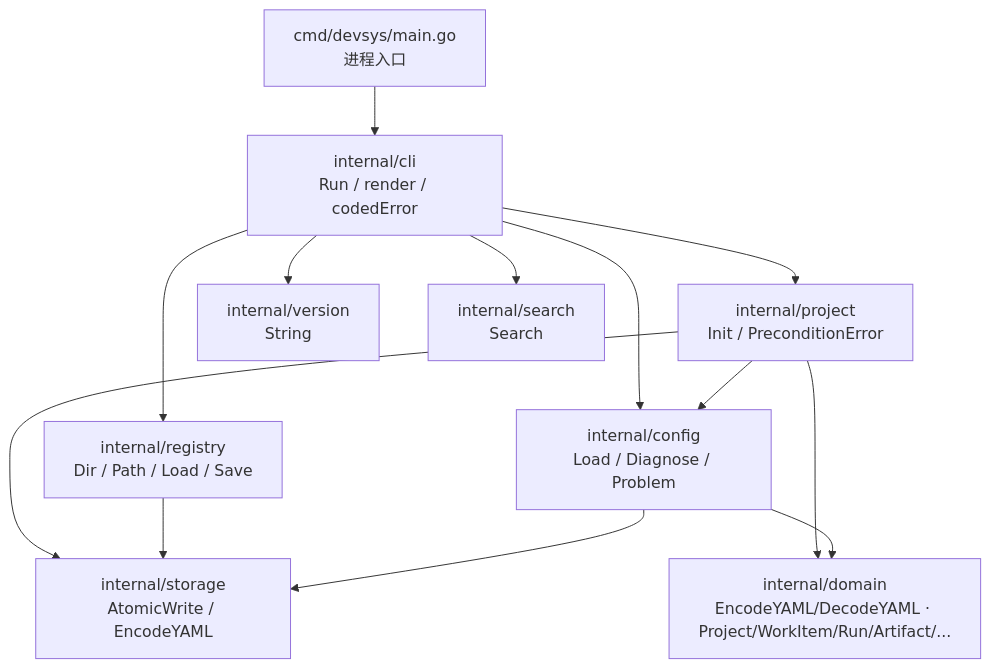
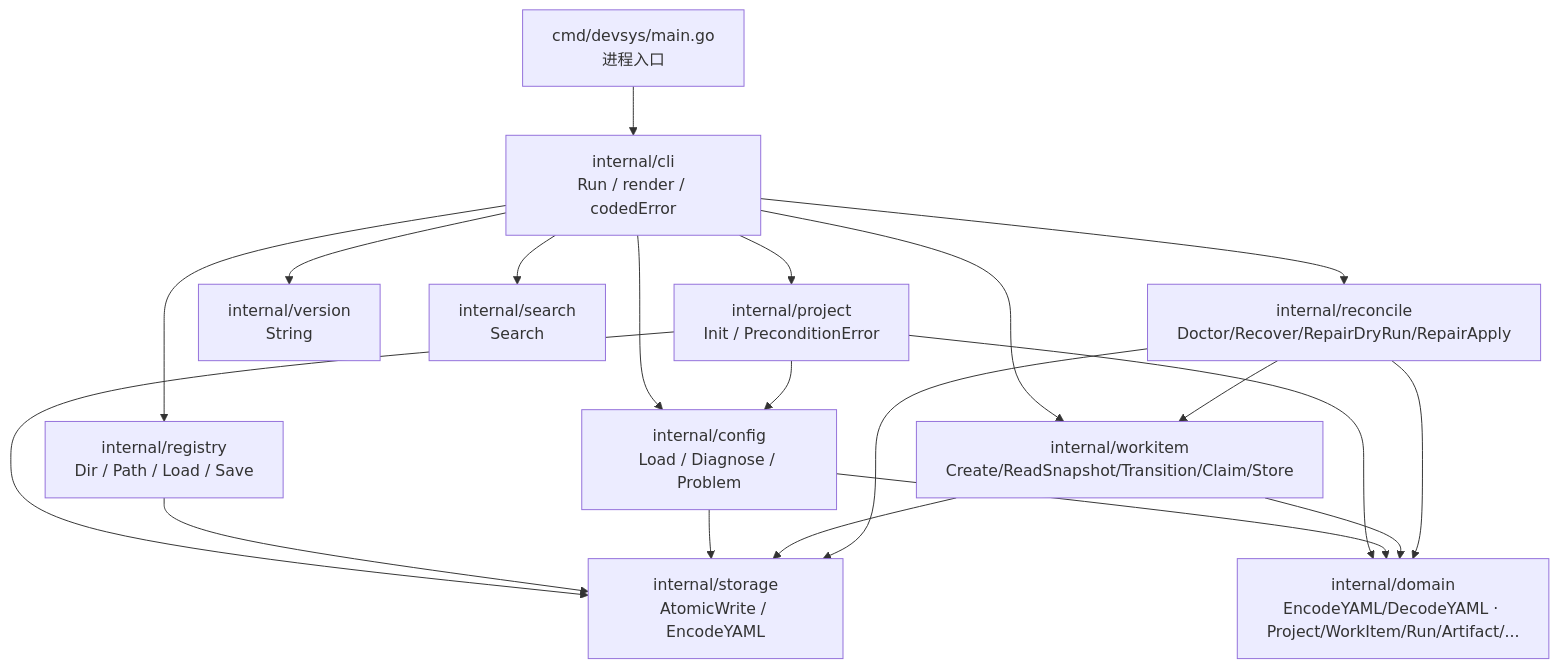
Before and after one commit to JAYY513/Workloom: the first of 3 diagrams in docs/repowiki/knowledge/项目接入与配置/架构设计.md, drawn with Mermaid. The commit also changed other lines of this file and 23 other files, not shown here.

````diff
--- a/docs/repowiki/knowledge/项目接入与配置/架构设计.md
+++ b/docs/repowiki/knowledge/项目接入与配置/架构设计.md
@@ -21,15 +24,22 @@
 ```mermaid
 flowchart TB
   Main["cmd/devsys/main.go<br/>进程入口"] --> CLI["internal/cli<br/>Run / render / codedError"]
   CLI --> Project["internal/project<br/>Init / PreconditionError"]
   CLI --> Registry["internal/registry<br/>Dir / Path / Load / Save"]
   CLI --> Config["internal/config<br/>Load / Diagnose / Problem"]
   CLI --> Version["internal/version<br/>String"]
   CLI --> Search["internal/search<br/>Search"]
+  CLI --> Workitem["internal/workitem<br/>Create/ReadSnapshot/Transition/Claim/Store"]
+  CLI --> Reconcile["internal/reconcile<br/>Doctor/Recover/RepairDryRun/RepairApply"]
   Project --> Config
   Project --> Domain["internal/domain<br/>EncodeYAML/DecodeYAML · Project/WorkItem/Run/Artifact/..."]
   Project --> Storage["internal/storage<br/>AtomicWrite / EncodeYAML"]
   Registry --> Storage
   Config --> Storage
   Config --> Domain
+  Workitem --> Storage
+  Workitem --> Domain
+  Reconcile --> Storage
+  Reconcile --> Workitem
+  Reconcile --> Domain
 ```
````
